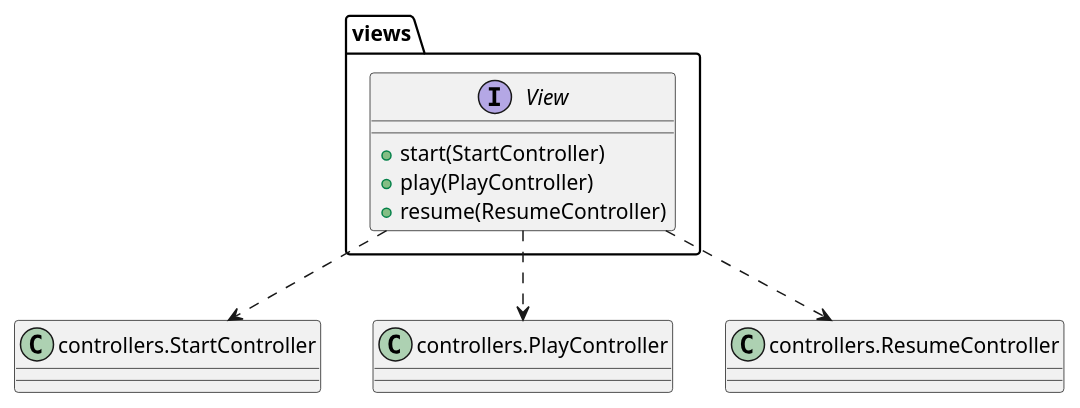
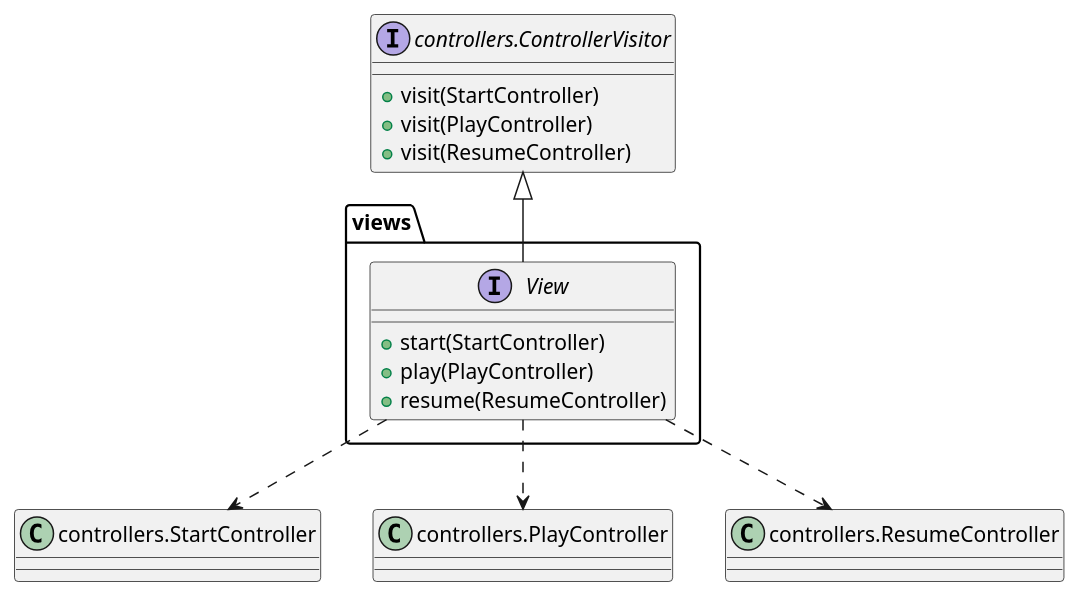
Before and after one commit to js-rom/connect4: the diagram in connect4/Docs/diagrams/src/packages/connect4.connect4.views.plantuml, drawn with PlantUML. The commit also changed 9 other files, not shown here.

```diff
--- a/connect4/Docs/diagrams/src/packages/connect4.connect4.views.plantuml
+++ b/connect4/Docs/diagrams/src/packages/connect4.connect4.views.plantuml
@@ -1,18 +1,25 @@
 @startuml connect4.connect4.views
 
 
 interface views.View
 class StartController as "controllers.StartController"
 class PlayController as "controllers.PlayController"
 class ResumeController as "controllers.ResumeController"
+interface ControllerVisitor as "controllers.ControllerVisitor" {
+    +visit(StartController)
+    +visit(PlayController)
+    +visit(ResumeController)
+}
 
 View : +start(StartController)
 View : +play(PlayController)
 View : +resume(ResumeController)
 
 View ..> StartController
 View ..> PlayController
 View ..> ResumeController
 
+ControllerVisitor <|-- View
+
 
 @enduml
```
